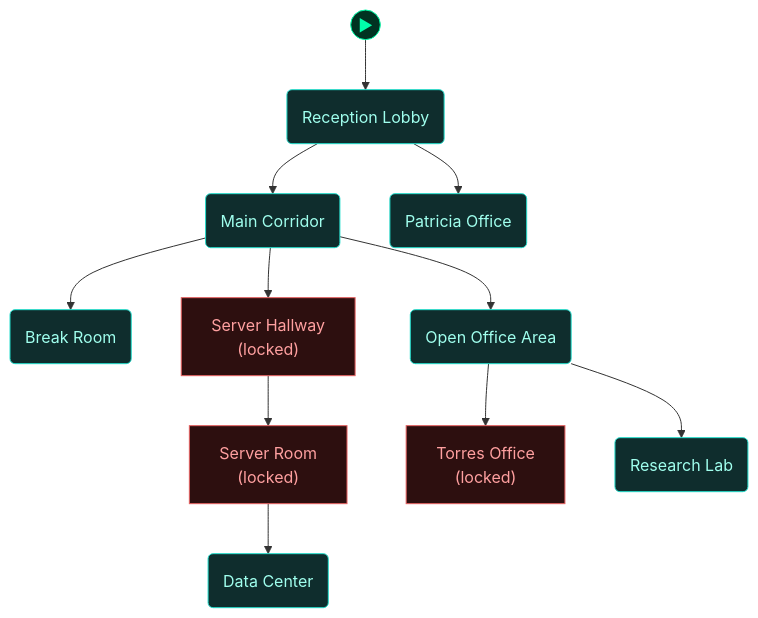
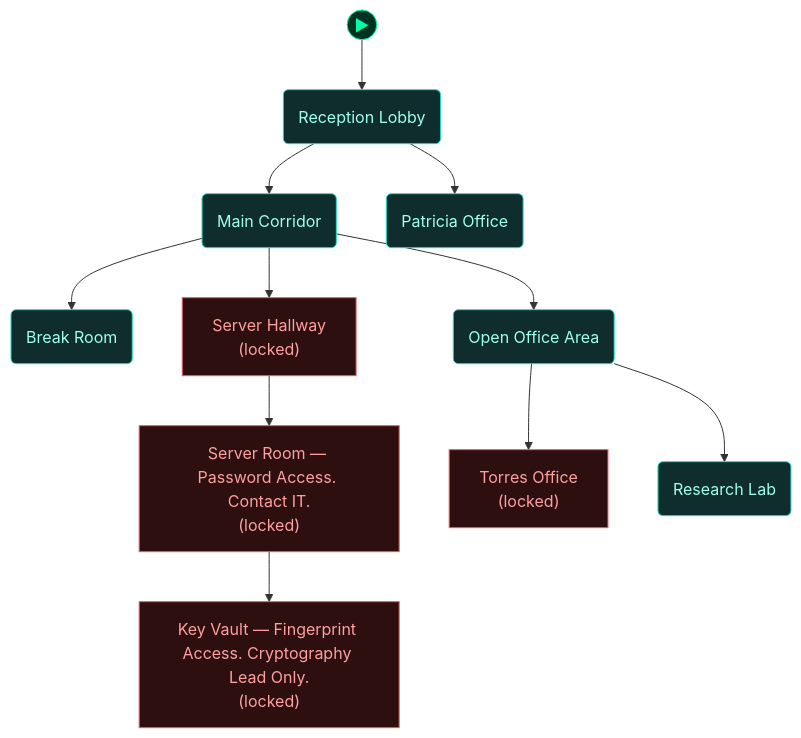
The fourth of 5 diagrams in scenarios/m05_insider_trading/dungeon_graph.md (cliffe/BreakEscape), drawn with Mermaid before and after one commit. The commit also changed other lines of this file and 53 other files, not shown here.

````diff
--- a/scenarios/m05_insider_trading/dungeon_graph.md
+++ b/scenarios/m05_insider_trading/dungeon_graph.md
@@ -308,46 +326,46 @@
 ```mermaid
 flowchart TD
 
   classDef room      fill:#0f2d2d,stroke:#22ddcc,color:#a0ffee
   classDef lock      fill:#2d0f0f,stroke:#e66060,color:#ffa0a0
   classDef key       fill:#2d0812,stroke:#e66060,color:#ffa0a0
   classDef item      fill:#2d1200,stroke:#e89030,color:#ffcc80
   classDef gate      fill:#111,stroke:#666,color:#eee
   classDef vm        fill:#0c1f40,stroke:#4a90d9,color:#a0c8ff
   classDef flag      fill:#1a0c2d,stroke:#9060d0,color:#cc99ff
   classDef action    fill:#1a1200,stroke:#cc9922,color:#ffee88
   classDef aim       fill:#0d2a0d,stroke:#44cc44,color:#88ff88
   classDef aim_gate  fill:#111111,stroke:#44cc44,color:#44cc44
   classDef container fill:#1a2d1a,stroke:#60b060,color:#a0e0a0
   classDef npc       fill:#2d1f0d,stroke:#d0a050,color:#ffe0a0
   classDef critical  fill:#2a1500,stroke:#ffaa00,color:#ffdd88
   classDef start     fill:#003322,stroke:#00ffaa,color:#00ffaa
 
   node_start(("▶"))
   node_start --> reception_lobby
 
   reception_lobby("Reception Lobby")
   main_corridor("Main Corridor")
   break_room("Break Room")
   open_office_area("Open Office Area")
   server_hallway["Server Hallway<br/>(locked)"]
-  server_room["Server Room<br/>(locked)"]
+  server_room["Server Room — Password Access. Contact IT.<br/>(locked)"]
   torres_office["Torres Office<br/>(locked)"]
   research_lab("Research Lab")
   patricia_office("Patricia Office")
-  data_center("Data Center")
+  data_center["Key Vault — Fingerprint Access. Cryptography Lead Only.<br/>(locked)"]
 
   reception_lobby --> main_corridor
   reception_lobby --> patricia_office
   main_corridor --> break_room
   main_corridor --> server_hallway
   main_corridor --> open_office_area
   open_office_area --> torres_office
   open_office_area --> research_lab
   server_hallway --> server_room
   server_room --> data_center
 
-  class reception_lobby,main_corridor,break_room,open_office_area,research_lab,patricia_office,data_center room
-  class server_hallway,server_room,torres_office lock
+  class reception_lobby,main_corridor,break_room,open_office_area,research_lab,patricia_office room
+  class server_hallway,server_room,torres_office,data_center lock
   class node_start start
 ```
````
